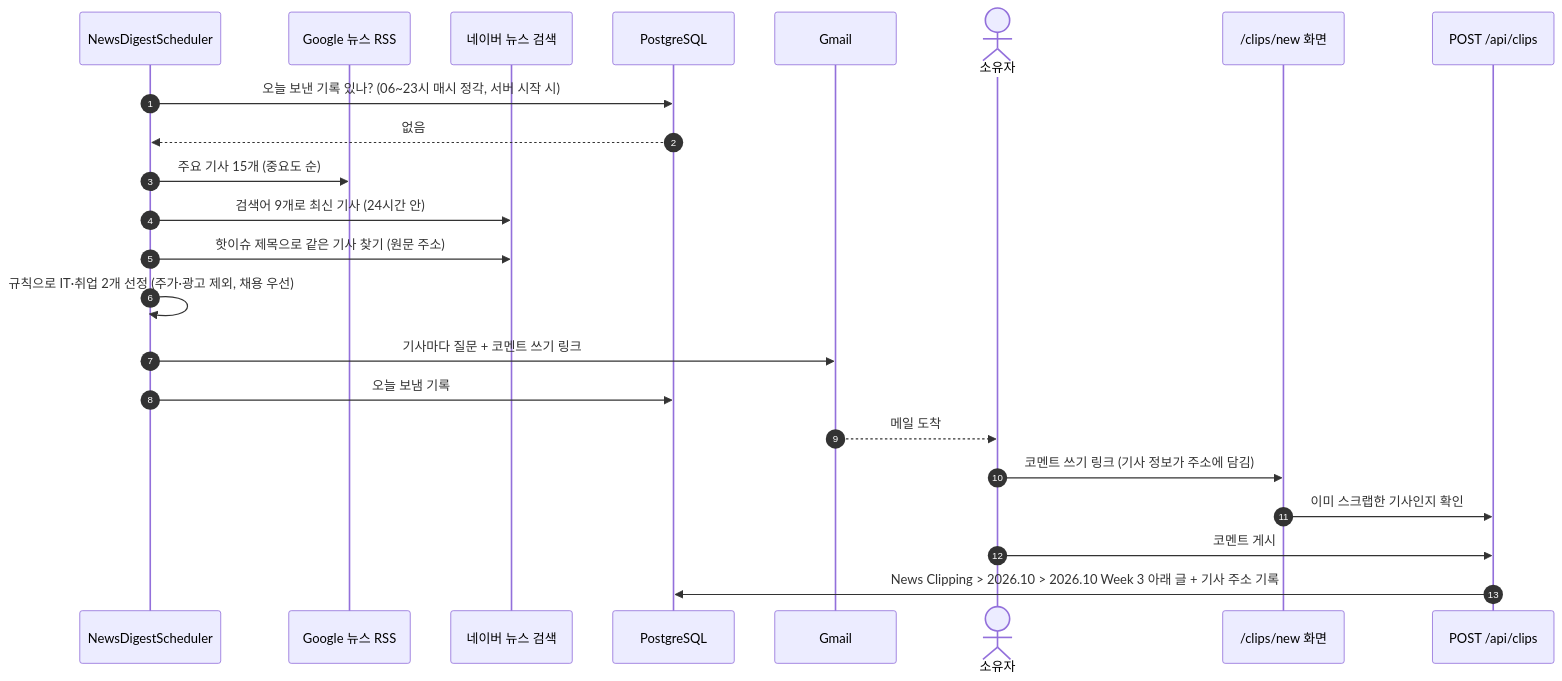
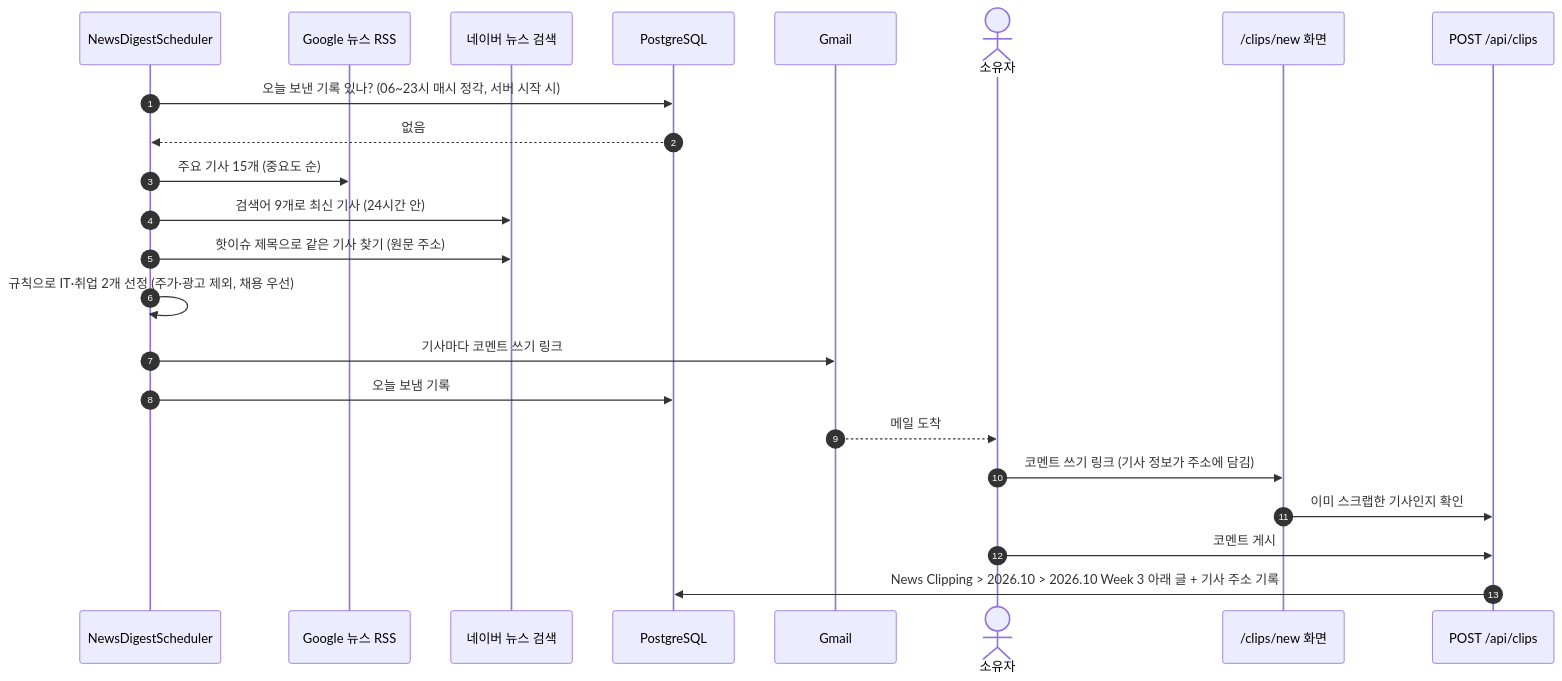
The third of 4 diagrams in README.md (kimzoo5676-del/Zoolog), drawn with Mermaid before and after one commit. The commit also changed other lines of this file and 2 other files, not shown here.

````diff
--- a/README.md
+++ b/README.md
@@ -118,26 +118,26 @@
 ```mermaid
 sequenceDiagram
   autonumber
   participant SC as NewsDigestScheduler
   participant GN as Google 뉴스 RSS
   participant NV as 네이버 뉴스 검색
   participant DB as PostgreSQL
   participant GM as Gmail
   actor O as 소유자
   participant WEB as /clips/new 화면
   participant API as POST /api/clips
 
   SC->>DB: 오늘 보낸 기록 있나? (06~23시 매시 정각, 서버 시작 시)
   DB-->>SC: 없음
   SC->>GN: 주요 기사 15개 (중요도 순)
   SC->>NV: 검색어 9개로 최신 기사 (24시간 안)
   SC->>NV: 핫이슈 제목으로 같은 기사 찾기 (원문 주소)
   SC->>SC: 규칙으로 IT·취업 2개 선정 (주가·광고 제외, 채용 우선)
-  SC->>GM: 기사마다 질문 + 코멘트 쓰기 링크
+  SC->>GM: 기사마다 코멘트 쓰기 링크
   SC->>DB: 오늘 보냄 기록
   GM-->>O: 메일 도착
   O->>WEB: 코멘트 쓰기 링크 (기사 정보가 주소에 담김)
   WEB->>API: 이미 스크랩한 기사인지 확인
   O->>API: 코멘트 게시
   API->>DB: News Clipping > 2026.10 > 2026.10 Week 3 아래 글 + 기사 주소 기록
 ```
````
